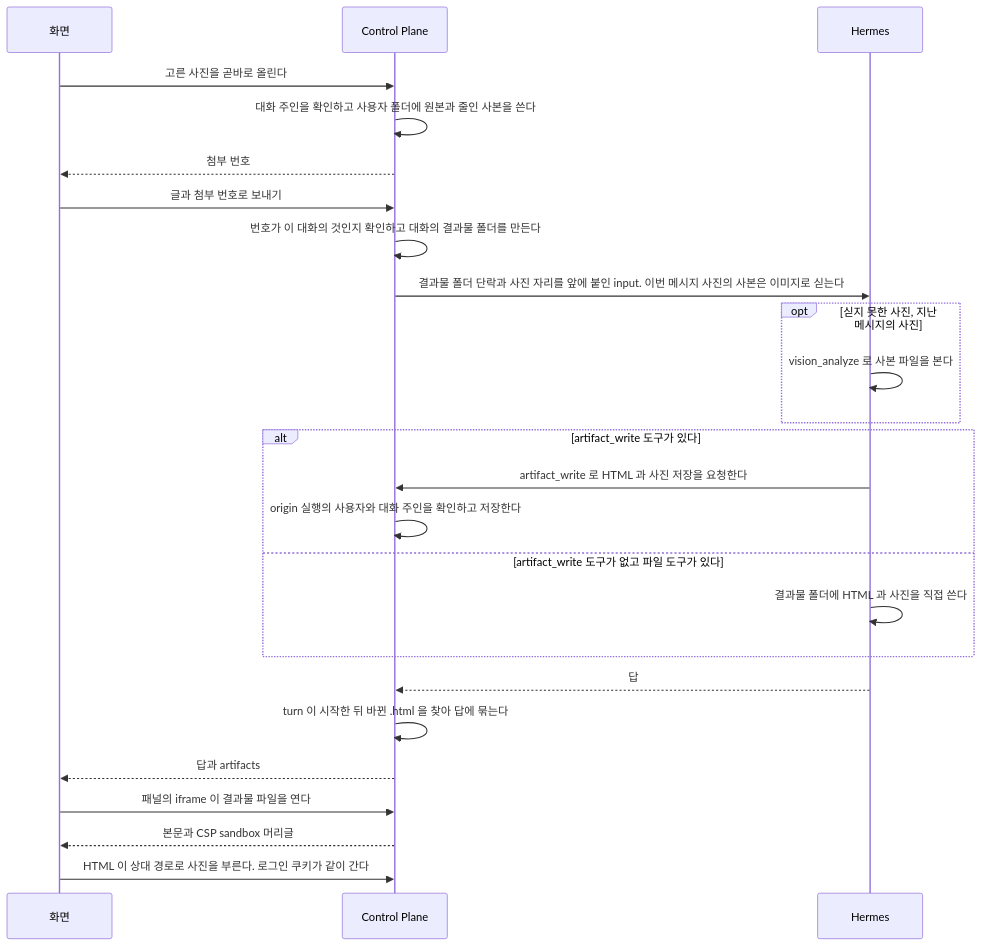
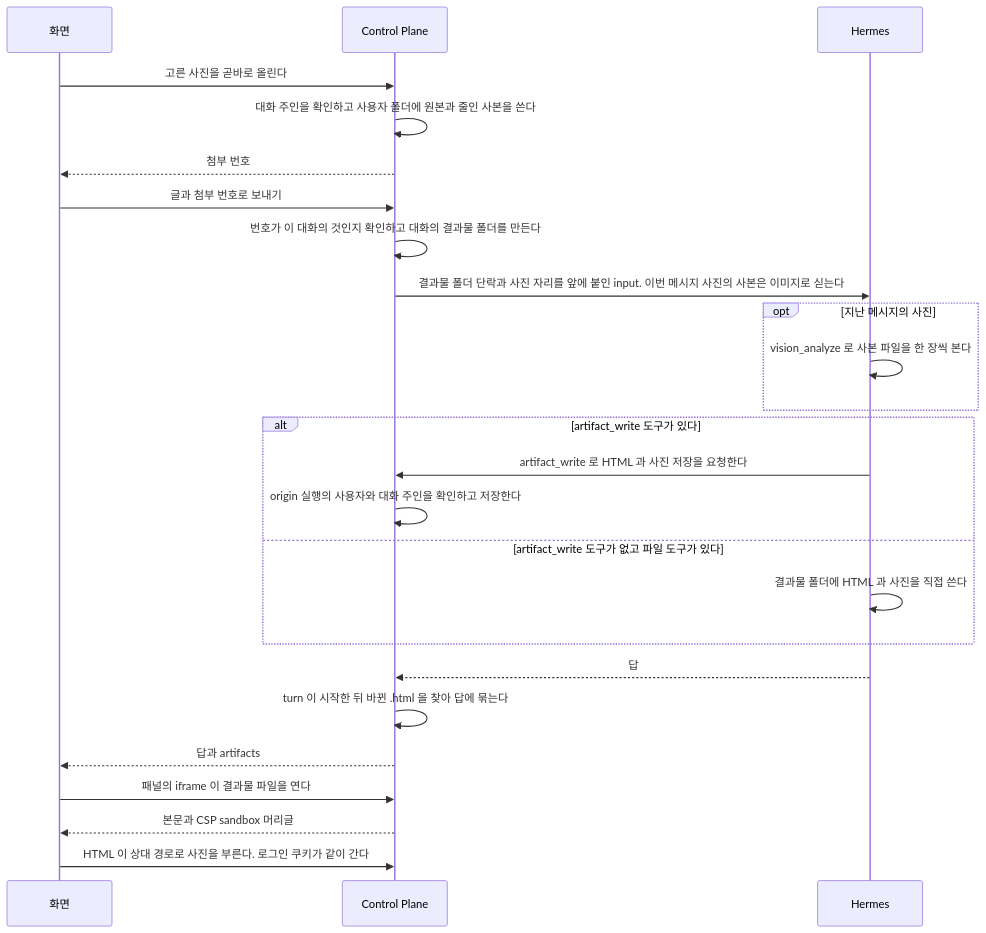
The diagram in docs/features/attachment.md (jon890/fos-assistant), drawn with Mermaid before and after one commit.

Commit message:
docs(docs): 사진 입력 순서도에 지난 사진의 순차 확인을 반영한다

````diff
--- a/docs/features/attachment.md
+++ b/docs/features/attachment.md
@@ -18,28 +18,28 @@
 ```mermaid
 sequenceDiagram
     participant W as 화면
     participant C as Control Plane
     participant H as Hermes
 
     W->>C: 고른 사진을 곧바로 올린다
     C->>C: 대화 주인을 확인하고 사용자 폴더에 원본과 줄인 사본을 쓴다
     C-->>W: 첨부 번호
     W->>C: 글과 첨부 번호로 보내기
     C->>C: 번호가 이 대화의 것인지 확인하고 대화의 결과물 폴더를 만든다
     C->>H: 결과물 폴더 단락과 사진 자리를 앞에 붙인 input. 이번 메시지 사진의 사본은 이미지로 싣는다
-    opt 싣지 못한 사진, 지난 메시지의 사진
-        H->>H: vision_analyze 로 사본 파일을 본다
+    opt 지난 메시지의 사진
+        H->>H: vision_analyze 로 사본 파일을 한 장씩 본다
     end
     alt artifact_write 도구가 있다
         H->>C: artifact_write 로 HTML 과 사진 저장을 요청한다
         C->>C: origin 실행의 사용자와 대화 주인을 확인하고 저장한다
     else artifact_write 도구가 없고 파일 도구가 있다
         H->>H: 결과물 폴더에 HTML 과 사진을 직접 쓴다
     end
     H-->>C: 답
     C->>C: turn 이 시작한 뒤 바뀐 .html 을 찾아 답에 묶는다
     C-->>W: 답과 artifacts
     W->>C: 패널의 iframe 이 결과물 파일을 연다
     C-->>W: 본문과 CSP sandbox 머리글
     W->>C: HTML 이 상대 경로로 사진을 부른다. 로그인 쿠키가 같이 간다
 ```
````
